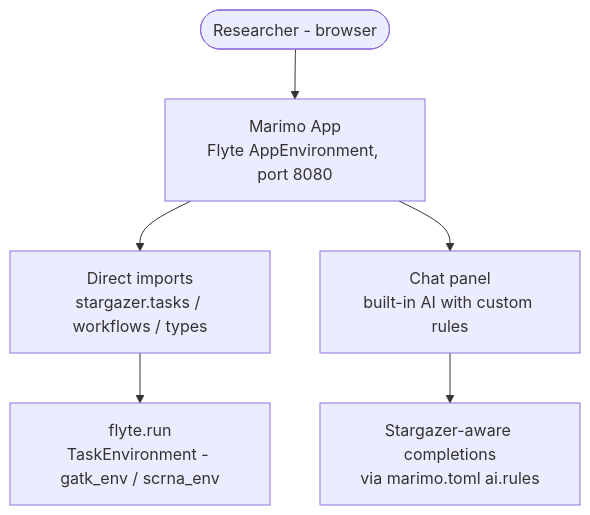
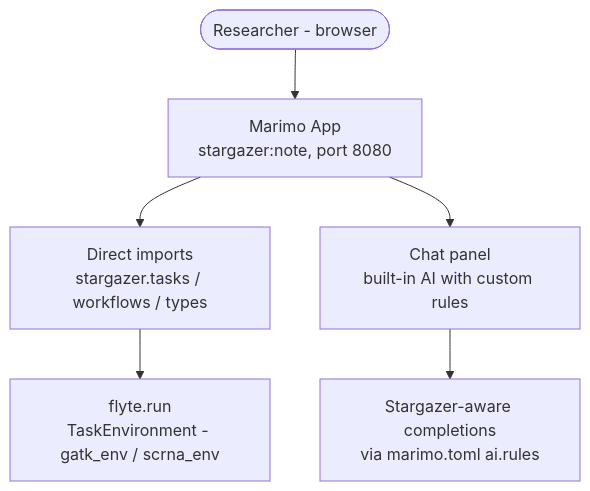
One commit to StargazerBio/stargazer changed the first of 2 diagrams in docs/architecture/notebook.md. Above: the diagram before and after it, drawn with Mermaid. The commit also changed other lines of this file and 6 other files, not shown here.

````diff
--- a/docs/architecture/notebook.md
+++ b/docs/architecture/notebook.md
@@ -7,8 +13,8 @@
 ```mermaid
 flowchart TD
-    R([Researcher - browser]) --> M[Marimo App<br/>Flyte AppEnvironment, port 8080]
+    R([Researcher - browser]) --> M[Marimo App<br/>stargazer:note, port 8080]
     M --> I[Direct imports<br/>stargazer.tasks / workflows / types]
     I --> F[flyte.run<br/>TaskEnvironment - gatk_env / scrna_env]
     M --> C[Chat panel<br/>built-in AI with custom rules]
     C --> A[Stargazer-aware completions<br/>via marimo.toml ai.rules]
 ```
````
